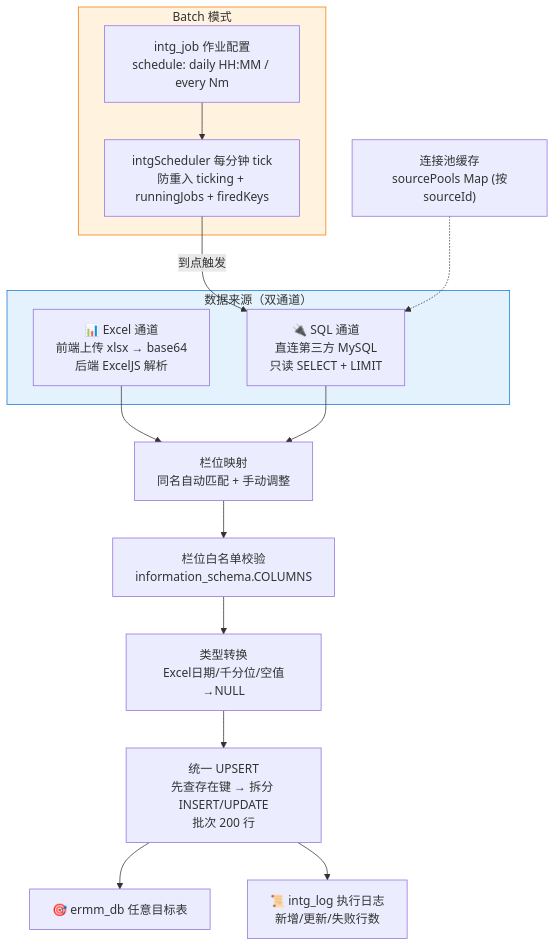
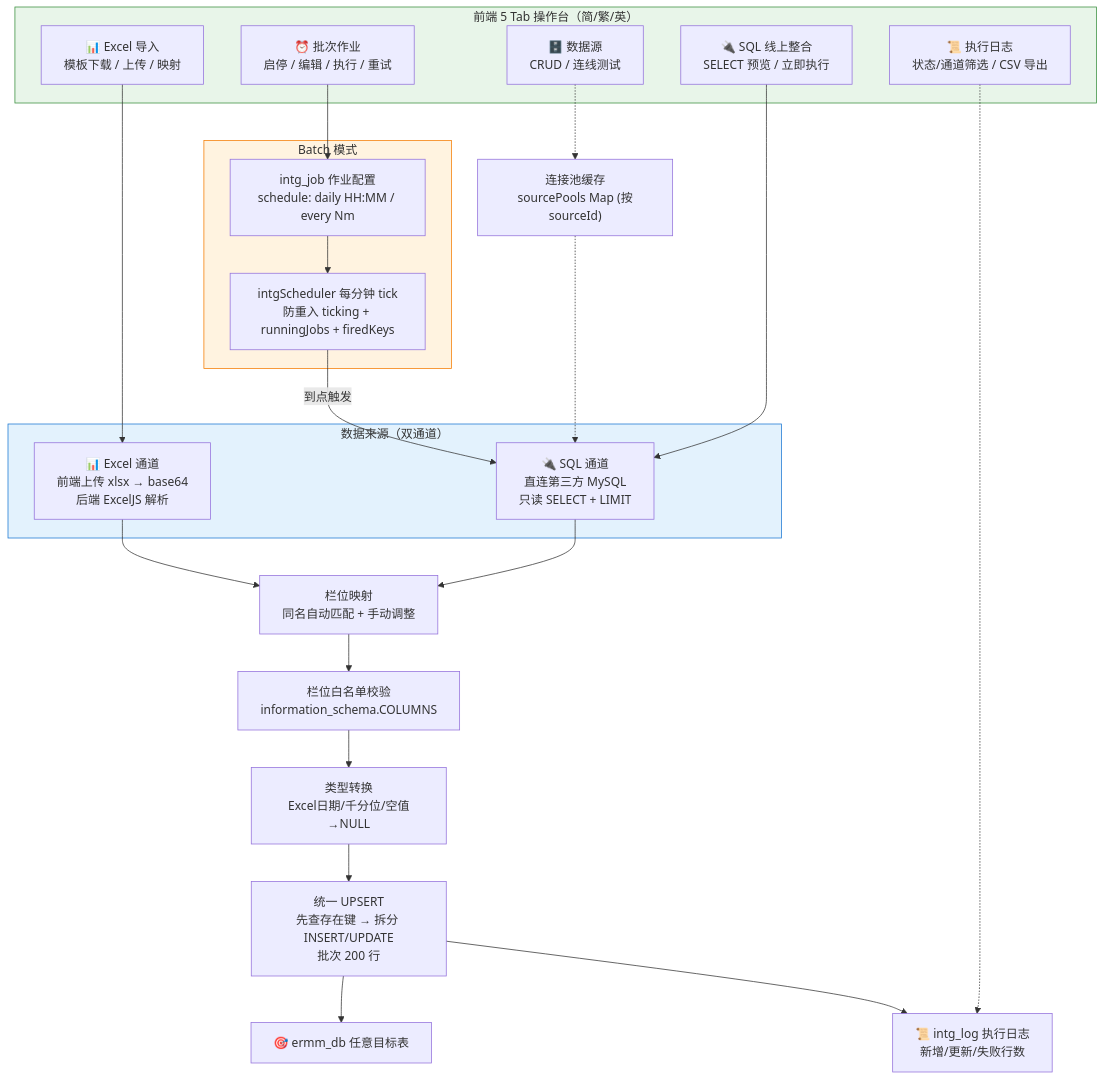
One commit to rocky1953/ERMM-finance-system changed the sixth of 11 diagrams in docs/ERMM_系統架構與流程圖.md. Above: the diagram before and after it, drawn with Mermaid. The commit also changed other lines of this file and 9 other files, not shown here.

````diff
--- a/docs/ERMM_系統架構與流程圖.md
+++ b/docs/ERMM_系統架構與流程圖.md
@@ -277,29 +277,44 @@
 ```mermaid
 flowchart TB
+    subgraph UI["前端 5 Tab 操作台（简/繁/英）"]
+        T1["📊 Excel 导入<br/>模板下载 / 上传 / 映射"]
+        T2["🔌 SQL 线上整合<br/>SELECT 预览 / 立即执行"]
+        T3["⏰ 批次作业<br/>启停 / 编辑 / 执行 / 重试"]
+        T4["🗄️ 数据源<br/>CRUD / 连线测试"]
+        T5["📜 执行日志<br/>状态/通道筛选 / CSV 导出"]
+    end
+
     subgraph SRC["数据来源（双通道）"]
         CH1["📊 Excel 通道<br/>前端上传 xlsx → base64<br/>后端 ExcelJS 解析"]
         CH2["🔌 SQL 通道<br/>直连第三方 MySQL<br/>只读 SELECT + LIMIT"]
     end
 
     CH1 --> MAP["栏位映射<br/>同名自动匹配 + 手动调整"]
     CH2 --> MAP
     MAP --> WL["栏位白名单校验<br/>information_schema.COLUMNS"]
     WL --> COERCE["类型转换<br/>Excel日期/千分位/空值→NULL"]
     COERCE --> UPSERT["统一 UPSERT<br/>先查存在键 → 拆分 INSERT/UPDATE<br/>批次 200 行"]
 
     UPSERT --> TARGET["🎯 ermm_db 任意目标表"]
     UPSERT --> LOG["📜 intg_log 执行日志<br/>新增/更新/失败行数"]
 
     subgraph BATCH["Batch 模式"]
         JOB["intg_job 作业配置<br/>schedule: daily HH:MM / every Nm"]
         SCH["intgScheduler 每分钟 tick<br/>防重入 ticking + runningJobs + firedKeys"]
         JOB --> SCH
     end
 
     SCH -->|到点触发| CH2
 
     POOL["连接池缓存<br/>sourcePools Map (按sourceId)"] -.-> CH2
 
+    T1 --> CH1
+    T2 --> CH2
+    T3 --> JOB
+    T4 -.-> POOL
+    T5 -.-> LOG
+
+    style UI fill:#e8f5e9,stroke:#388e3c
     style SRC fill:#e3f2fd,stroke:#1976d2
     style BATCH fill:#fff3e0,stroke:#f57c00
 ```
````
